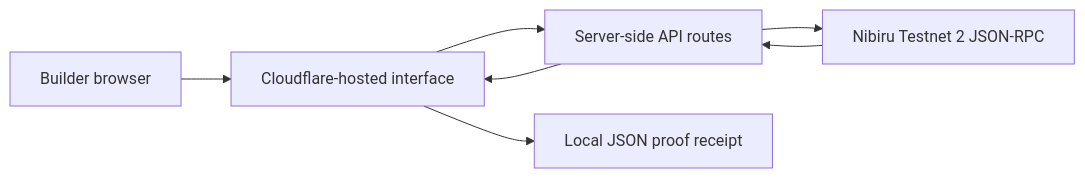
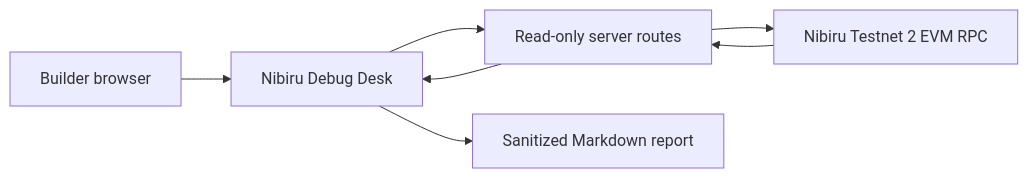
The diagram in docs/TECHNICAL_CASE_STUDY.md (Arun5768/nibiru-community-launchpad), drawn with Mermaid before and after one commit. The commit also changed other lines of this file and 9 other files, not shown here.

Commit message:
Rebuild as practical Nibiru Debug Desk

````diff
--- a/docs/TECHNICAL_CASE_STUDY.md
+++ b/docs/TECHNICAL_CASE_STUDY.md
@@ -20,9 +21,9 @@
 ```mermaid
 flowchart LR
-  A[Builder browser] --> B[Cloudflare-hosted interface]
-  B --> C[Server-side API routes]
-  C --> D[Nibiru Testnet 2 JSON-RPC]
+  A[Builder browser] --> B[Nibiru Debug Desk]
+  B --> C[Read-only server routes]
+  C --> D[Nibiru Testnet 2 EVM RPC]
   D --> C
   C --> B
-  B --> E[Local JSON proof receipt]
+  B --> E[Sanitized Markdown report]
 ```
````
